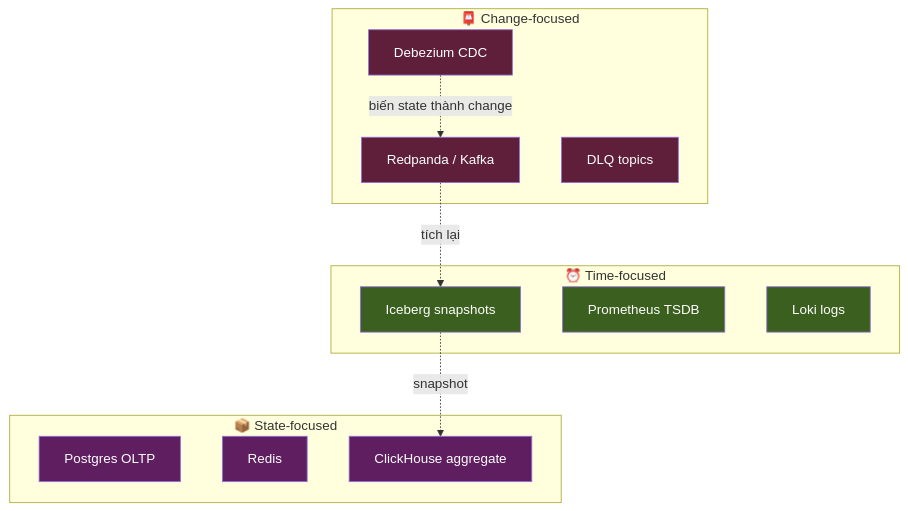
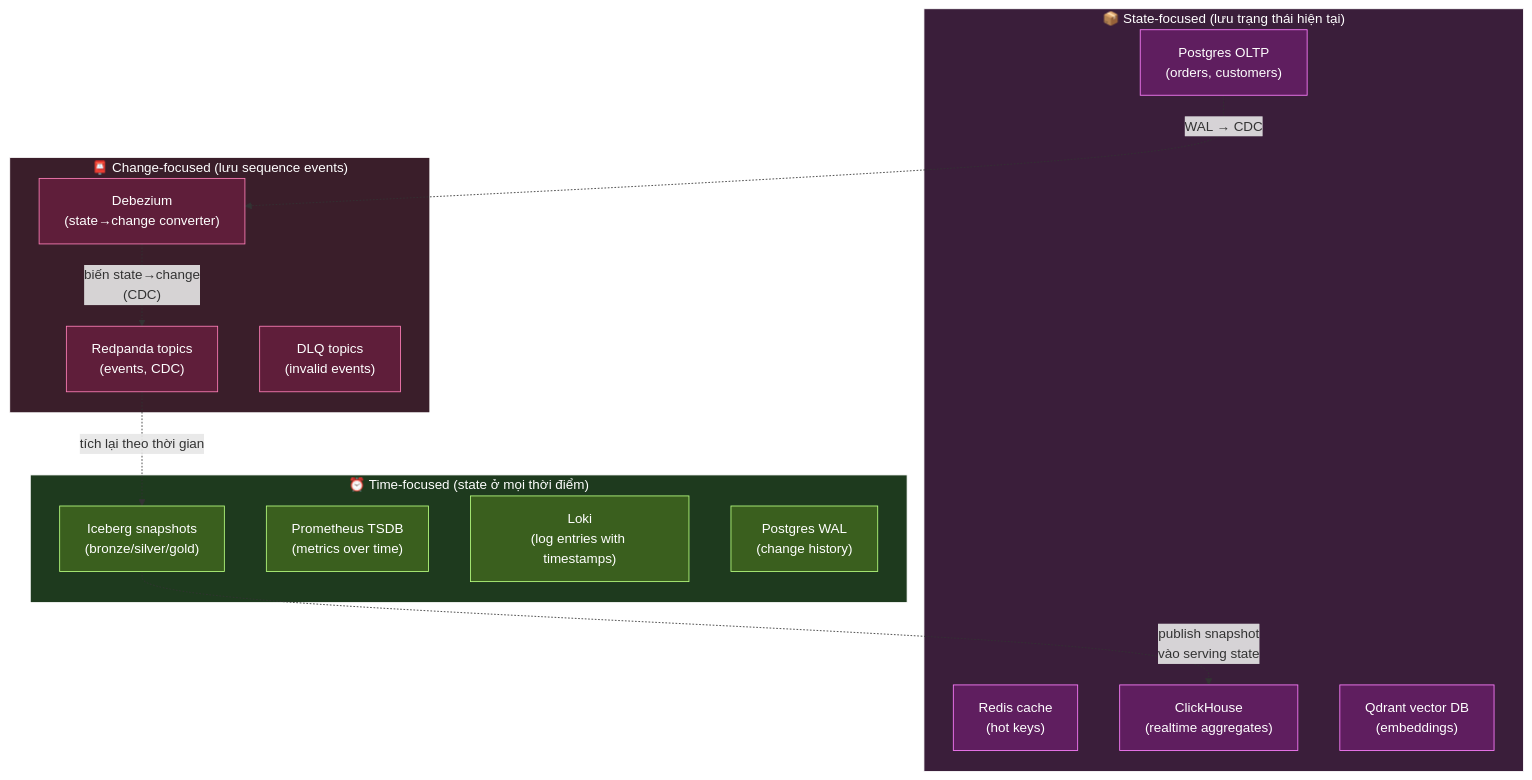
One commit to ankinguyen-engineer-2002/realtime-data-ai-platform-digital-twin changed the first of 6 diagrams in learning/00-mental-models/04-state-change-time.md. Above: the diagram before and after it, drawn with Mermaid. The commit also changed other lines of this file and 1 other file, not shown here.

````diff
--- a/learning/00-mental-models/04-state-change-time.md
+++ b/learning/00-mental-models/04-state-change-time.md
@@ -42,28 +104,35 @@
 ```mermaid
 flowchart TB
-    classDef s fill:#5f1e5f,color:#fff
-    classDef c fill:#5f1e3a,color:#fff
-    classDef t fill:#3a5f1e,color:#fff
+    classDef s fill:#5f1e5f,stroke:#ff7fff,color:#fff
+    classDef c fill:#5f1e3a,stroke:#ff7fb8,color:#fff
+    classDef t fill:#3a5f1e,stroke:#b8ff7f,color:#fff
 
-    subgraph STATE["📦 State-focused"]
-        PG["Postgres OLTP"]:::s
-        RDS["Redis"]:::s
-        CH["ClickHouse aggregate"]:::s
+    subgraph STATE["📦 State-focused (lưu trạng thái hiện tại)"]
+        PG["Postgres OLTP<br/>(orders, customers)"]:::s
+        RDS["Redis cache<br/>(hot keys)"]:::s
+        CH["ClickHouse<br/>(realtime aggregates)"]:::s
+        VECT["Qdrant vector DB<br/>(embeddings)"]:::s
     end
 
-    subgraph CHANGE["📮 Change-focused"]
-        KF["Redpanda / Kafka"]:::c
-        DBZ["Debezium CDC"]:::c
-        DLQ["DLQ topics"]:::c
+    subgraph CHANGE["📮 Change-focused (lưu sequence events)"]
+        KF["Redpanda topics<br/>(events, CDC)"]:::c
+        DBZ["Debezium<br/>(state→change converter)"]:::c
+        DLQ["DLQ topics<br/>(invalid events)"]:::c
     end
 
-    subgraph TIME["⏰ Time-focused"]
-        IC["Iceberg snapshots"]:::t
-        PROM["Prometheus TSDB"]:::t
-        LK["Loki logs"]:::t
+    subgraph TIME["⏰ Time-focused (state ở mọi thời điểm)"]
+        IC["Iceberg snapshots<br/>(bronze/silver/gold)"]:::t
+        PROM["Prometheus TSDB<br/>(metrics over time)"]:::t
+        LK["Loki<br/>(log entries with timestamps)"]:::t
+        WAL["Postgres WAL<br/>(change history)"]:::t
     end
 
-    DBZ -. biến state thành change .-> KF
-    KF -. tích lại .-> IC
-    IC -. snapshot .-> CH
+    DBZ -. "biến state→change<br/>(CDC)" .-> KF
+    KF -. "tích lại theo thời gian" .-> IC
+    IC -. "publish snapshot<br/>vào serving state" .-> CH
+    PG -. "WAL → CDC" .-> DBZ
+
+    style STATE fill:#3a1e3a,stroke:#fff,color:#fff
+    style CHANGE fill:#3a1e2a,stroke:#fff,color:#fff
+    style TIME fill:#1e3a1e,stroke:#fff,color:#fff
 ```
````
